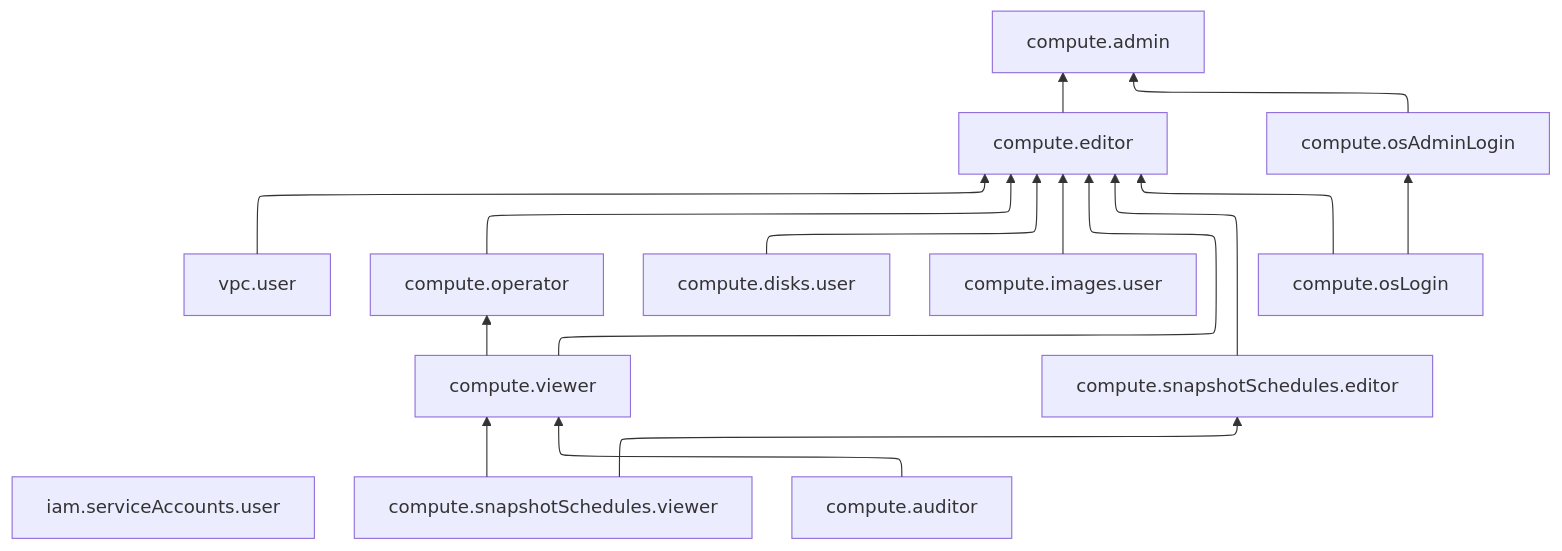
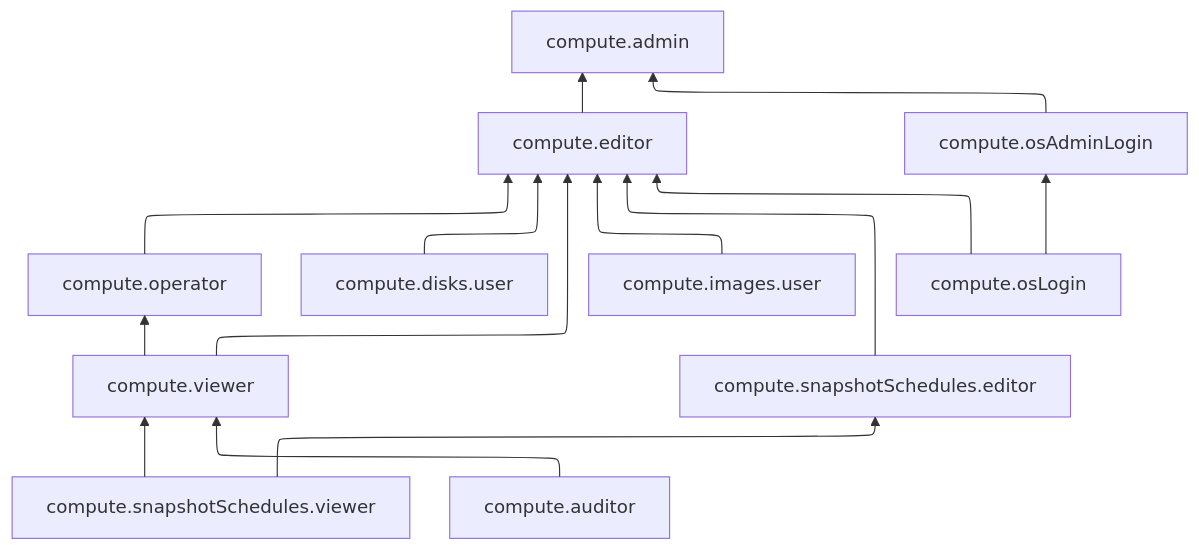
One commit to yandex-cloud/docs changed the diagram in en/_mermaid/roles/compute.md. Above: the diagram before and after it, drawn with Mermaid. The commit also changed 532 other files, not shown here.

````diff
--- a/en/_mermaid/roles/compute.md
+++ b/en/_mermaid/roles/compute.md
@@ -1,19 +1,21 @@
 ```mermaid
-%%{init: {"flowchart": {'defaultRenderer': 'elk'}} }%%
+---
+config:
+  flowchart:
+    defaultRenderer: elk
+---
 flowchart BT
-    iam.serviceAccounts.user
-    vpc.user --> compute.editor
     compute.snapshotSchedules.viewer --> compute.viewer
     compute.snapshotSchedules.viewer --> compute.snapshotSchedules.editor
     compute.auditor --> compute.viewer
     compute.viewer --> compute.operator
     compute.snapshotSchedules.editor --> compute.editor
     compute.operator --> compute.editor
 	compute.viewer --> compute.editor
     compute.disks.user --> compute.editor
     compute.images.user --> compute.editor
     compute.osLogin --> compute.editor
     compute.osLogin --> compute.osAdminLogin
     compute.editor --> compute.admin
     compute.osAdminLogin --> compute.admin
 ```
````
